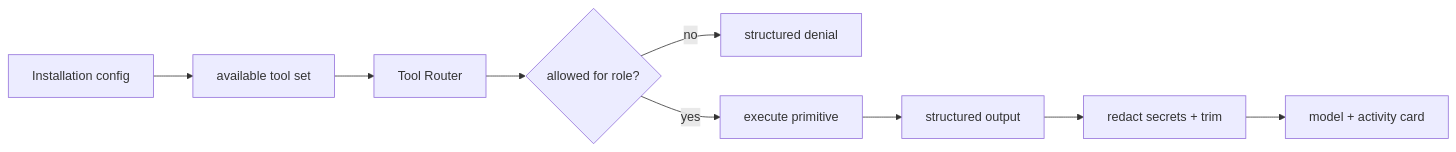
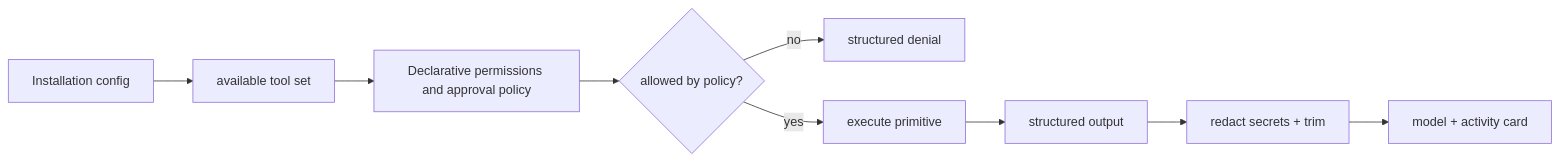
Before and after one commit to William-zgx/focus-agent: the fifth of 5 diagrams in docs/tool-skill-design.md, drawn with Mermaid. The commit also changed other lines of this file and 141 other files, not shown here.

````diff
--- a/docs/tool-skill-design.md
+++ b/docs/tool-skill-design.md
@@ -673,11 +673,11 @@
 ```mermaid
 flowchart LR
     Config["Installation config"] --> Available["available tool set"]
-    Available --> Router["Tool Router"]
-    Router --> Allowed{"allowed for role?"}
+    Available --> Permission["Declarative permissions and approval policy"]
+    Permission --> Allowed{"allowed by policy?"}
     Allowed -- "no" --> Denied["structured denial"]
     Allowed -- "yes" --> Execute["execute primitive"]
     Execute --> Output["structured output"]
     Output --> Redact["redact secrets + trim"]
     Redact --> UI["model + activity card"]
 ```
````
